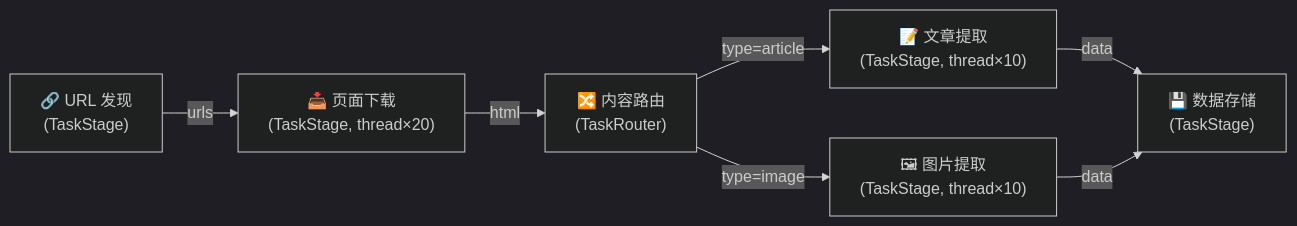
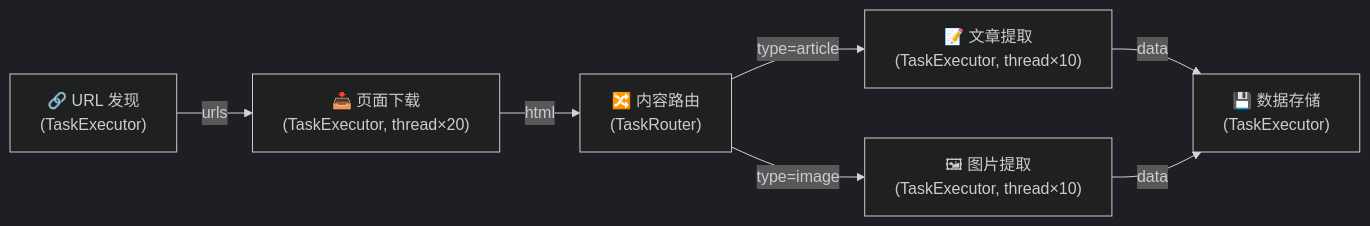
The eighth of 9 diagrams in docs/zh-CN/presentation.md (Mr-xiaotian/CelestialFlow), drawn with Mermaid (dark theme) before and after one commit. The commit also changed other lines of this file and 80 other files, not shown here.

````diff
--- a/docs/zh-CN/presentation.md
+++ b/docs/zh-CN/presentation.md
@@ -543,9 +541,9 @@
 ```mermaid
 graph LR
-    A["🔗 URL 发现<br/>(TaskStage)"] -->|urls| B["📥 页面下载<br/>(TaskStage, thread×20)"]
+    A["🔗 URL 发现<br/>(TaskExecutor)"] -->|urls| B["📥 页面下载<br/>(TaskExecutor, thread×20)"]
     B -->|html| C["🔀 内容路由<br/>(TaskRouter)"]
-    C -->|type=article| D["📝 文章提取<br/>(TaskStage, thread×10)"]
-    C -->|type=image| E["🖼 图片提取<br/>(TaskStage, thread×10)"]
-    D -->|data| F["💾 数据存储<br/>(TaskStage)"]
+    C -->|type=article| D["📝 文章提取<br/>(TaskExecutor, thread×10)"]
+    C -->|type=image| E["🖼 图片提取<br/>(TaskExecutor, thread×10)"]
+    D -->|data| F["💾 数据存储<br/>(TaskExecutor)"]
     E -->|data| F
 ```
````
